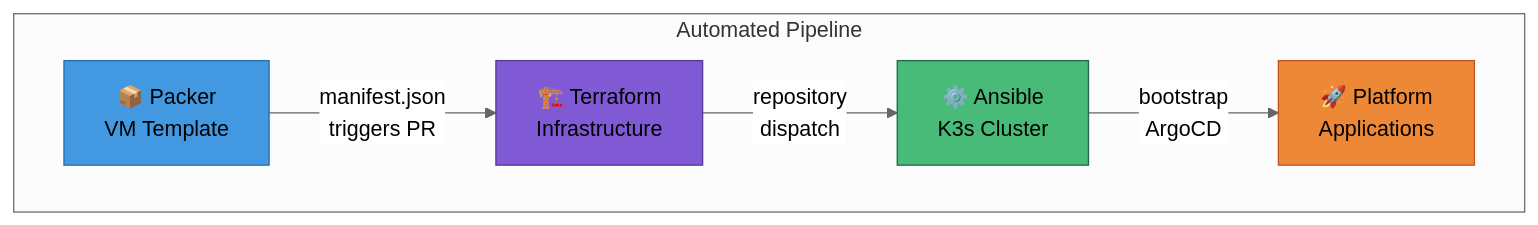
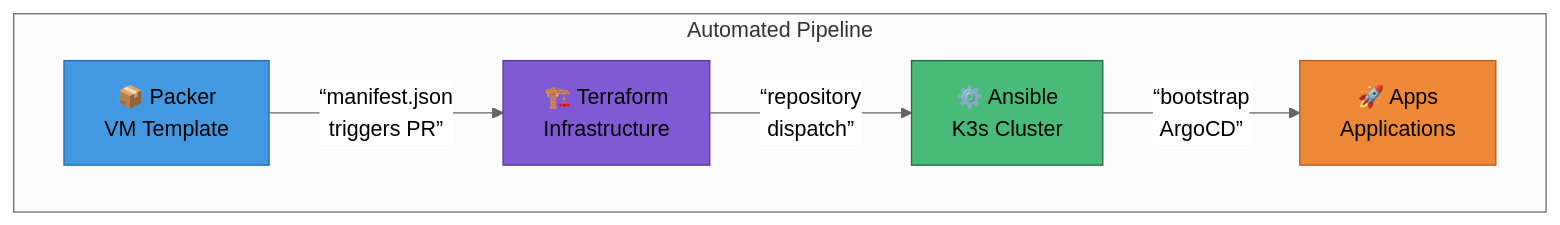
One commit to Starktastic-Homelab/.github changed the first of 6 diagrams in profile/README.md. Above: the diagram before and after it, drawn with Mermaid (neutral theme). The commit also changed other lines of this file, not shown here.

First line of the commit message:
refactor: update org profile for platform → apps rename

````diff
--- a/profile/README.md
+++ b/profile/README.md
@@ -14,19 +14,19 @@
 ```mermaid
 flowchart LR
     subgraph Pipeline["Automated Pipeline"]
         direction LR
         Packer["📦 Packer<br/>VM Template"]
         Terraform["🏗️ Terraform<br/>Infrastructure"]
         Ansible["⚙️ Ansible<br/>K3s Cluster"]
-        Platform["🚀 Platform<br/>Applications"]
+        Apps["🚀 Apps<br/>Applications"]
     end
     
-    Packer -->|"manifest.json<br/>triggers PR"| Terraform
-    Terraform -->|"repository<br/>dispatch"| Ansible
-    Ansible -->|"bootstrap<br/>ArgoCD"| Platform
+    Packer -->|“manifest.json<br/>triggers PR”| Terraform
+    Terraform -->|“repository<br/>dispatch”| Ansible
+    Ansible -->|“bootstrap<br/>ArgoCD”| Apps
     
     style Packer fill:#4299e1,stroke:#2b6cb0
     style Terraform fill:#805ad5,stroke:#553c9a
     style Ansible fill:#48bb78,stroke:#276749
-    style Platform fill:#ed8936,stroke:#c05621
+    style Apps fill:#ed8936,stroke:#c05621
 ```
````
